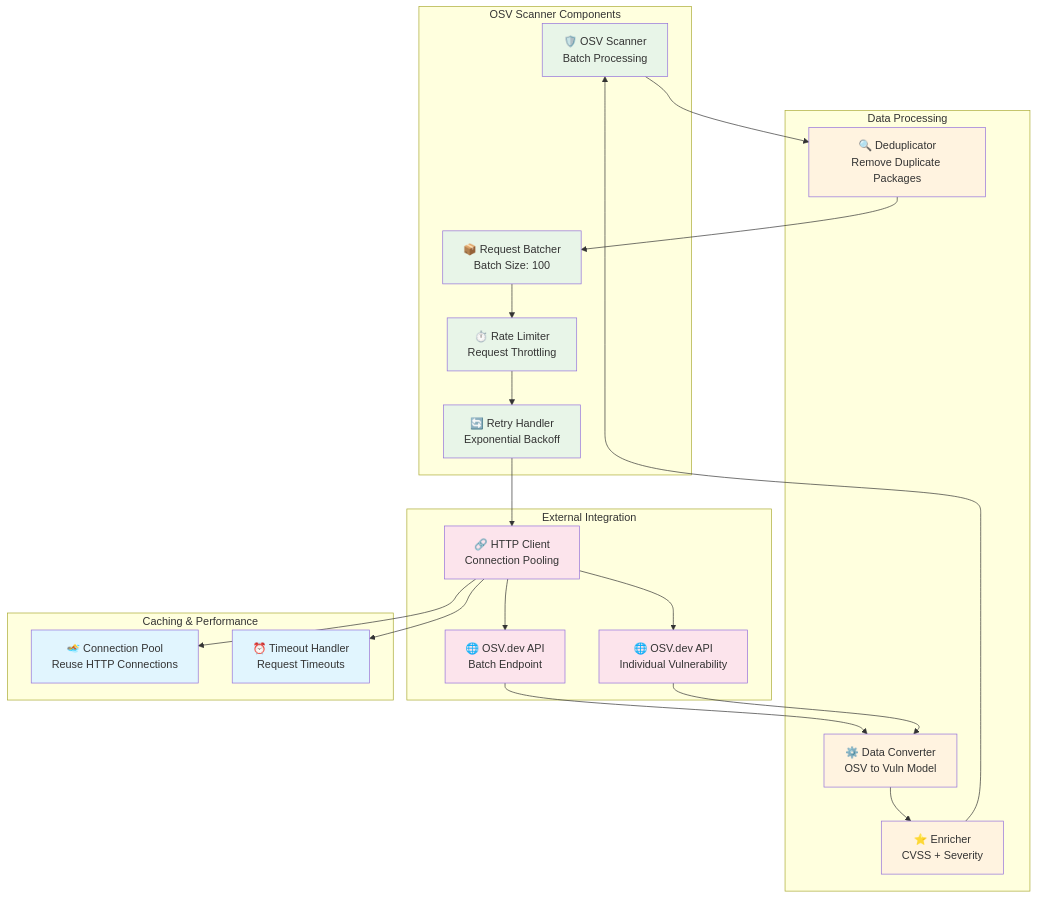
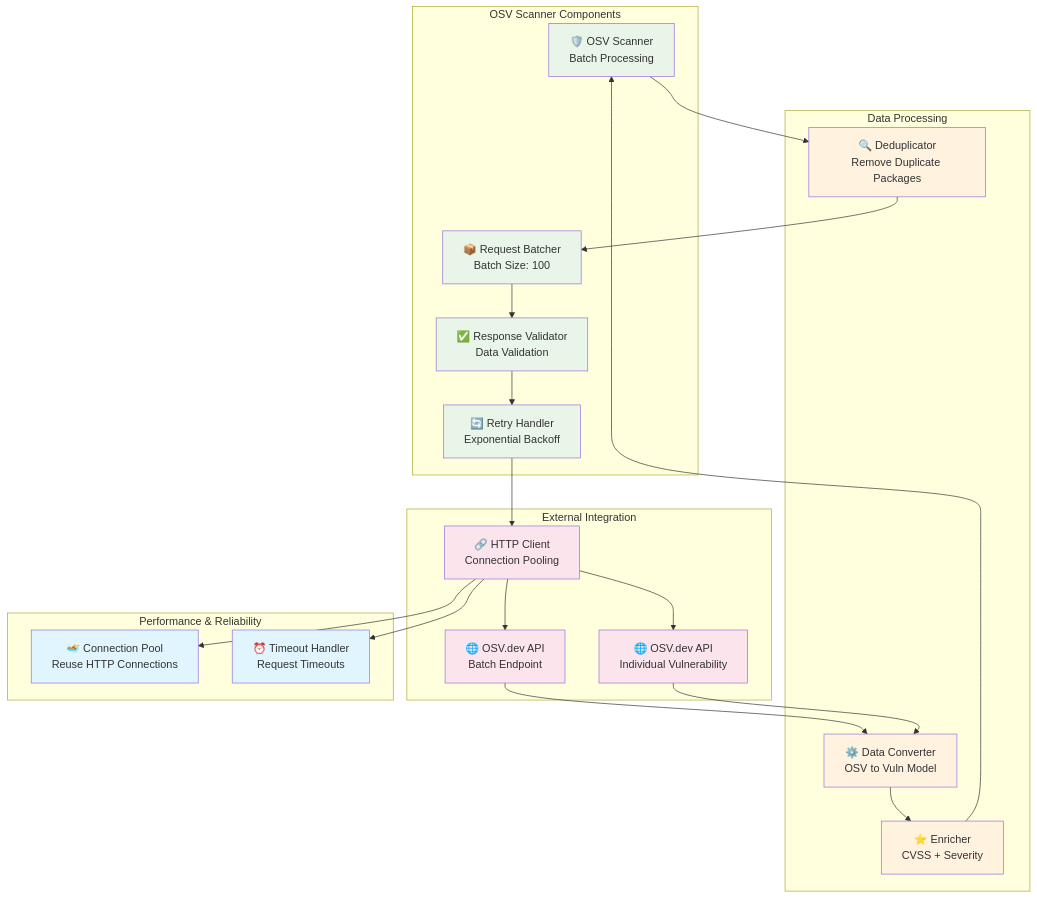
The sixth of 9 diagrams in documentation/architecture/backend-architecture.md (therickybobbeh/dep-scanner), drawn with Mermaid before and after one commit. The commit also changed other lines of this file and 14 other files, not shown here.

````diff
--- a/documentation/architecture/backend-architecture.md
+++ b/documentation/architecture/backend-architecture.md
@@ -349,57 +349,57 @@
 ```mermaid
 graph TB
     subgraph "OSV Scanner Components"
         SCANNER[🛡️ OSV Scanner<br/>Batch Processing]
         BATCHER[📦 Request Batcher<br/>Batch Size: 100]
         RETRY[🔄 Retry Handler<br/>Exponential Backoff]
-        RATE_LIMITER[⏱️ Rate Limiter<br/>Request Throttling]
+        VALIDATOR[✅ Response Validator<br/>Data Validation]
     end
     
     subgraph "Data Processing"
         DEDUPER[🔍 Deduplicator<br/>Remove Duplicate Packages]
         CONVERTER[⚙️ Data Converter<br/>OSV to Vuln Model]
         ENRICHER[⭐ Enricher<br/>CVSS + Severity]
     end
     
     subgraph "External Integration"
         OSV_API[🌐 OSV.dev API<br/>Batch Endpoint]
         OSV_INDIVIDUAL[🌐 OSV.dev API<br/>Individual Vulnerability]
         HTTP_CLIENT[🔗 HTTP Client<br/>Connection Pooling]
     end
     
-    subgraph "Caching & Performance"
+    subgraph "Performance & Reliability"
         CONNECTION_POOL[🏊 Connection Pool<br/>Reuse HTTP Connections]
         TIMEOUT_HANDLER[⏰ Timeout Handler<br/>Request Timeouts]
     end
     
     %% Main Processing Flow
     SCANNER --> DEDUPER
     DEDUPER --> BATCHER
-    BATCHER --> RATE_LIMITER
-    RATE_LIMITER --> RETRY
+    BATCHER --> VALIDATOR
+    VALIDATOR --> RETRY
     
     %% External Communication
     RETRY --> HTTP_CLIENT
     HTTP_CLIENT --> OSV_API
     HTTP_CLIENT --> OSV_INDIVIDUAL
     
     %% Data Processing
     OSV_API --> CONVERTER
     OSV_INDIVIDUAL --> CONVERTER
     CONVERTER --> ENRICHER
     ENRICHER --> SCANNER
     
     %% Performance Components
     HTTP_CLIENT --> CONNECTION_POOL
     HTTP_CLIENT --> TIMEOUT_HANDLER
     
     classDef scanner fill:#e8f5e8
     classDef processing fill:#fff3e0
     classDef external fill:#fce4ec
     classDef performance fill:#e1f5fe
     
-    class SCANNER,BATCHER,RETRY,RATE_LIMITER scanner
+    class SCANNER,BATCHER,RETRY,VALIDATOR scanner
     class DEDUPER,CONVERTER,ENRICHER processing
     class OSV_API,OSV_INDIVIDUAL,HTTP_CLIENT external
     class CONNECTION_POOL,TIMEOUT_HANDLER performance
 ```
````
